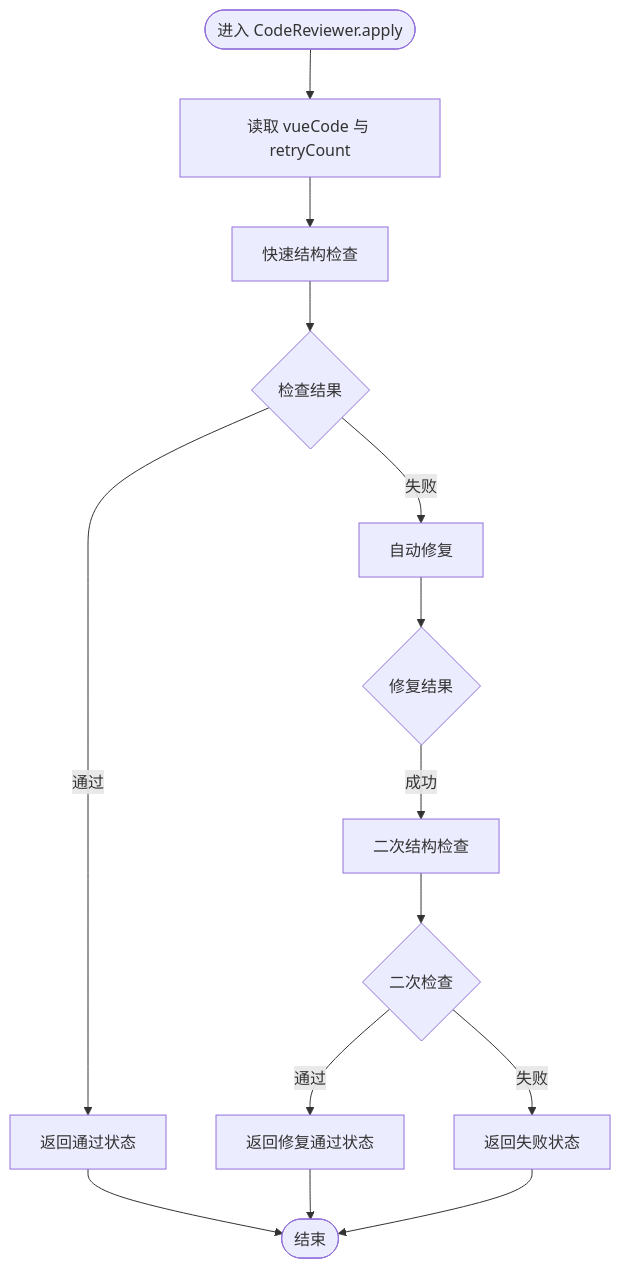
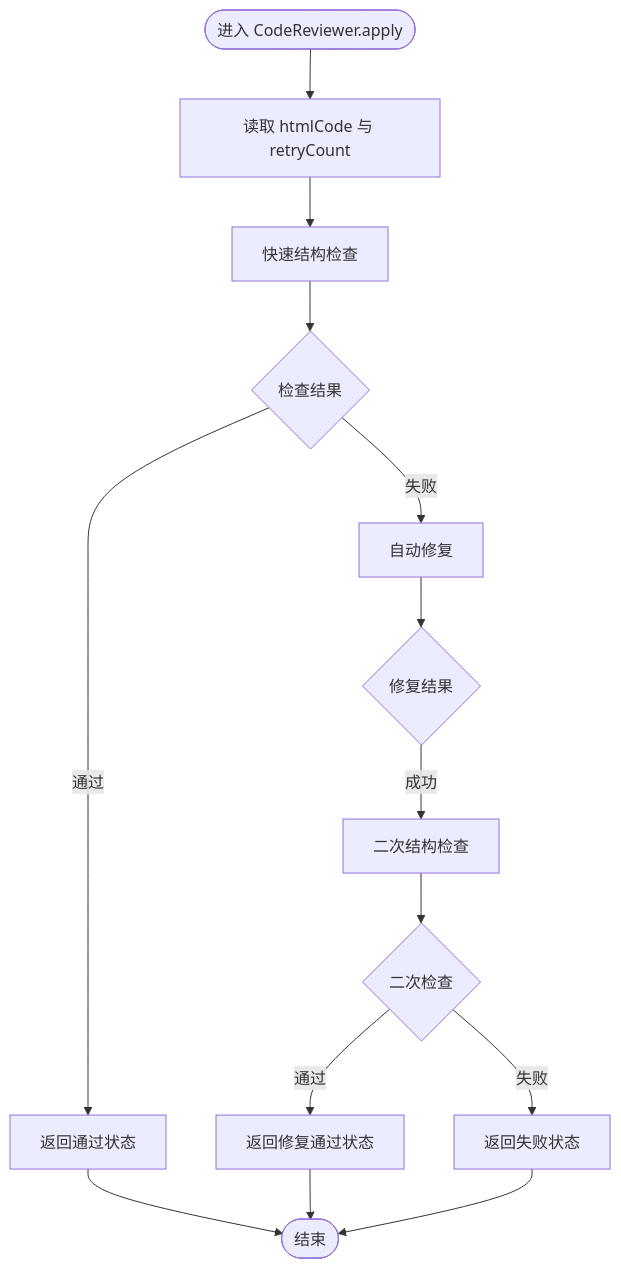
Before and after one commit to CyanYuKi/WebSiteFrontendCodeMother: the third of 7 diagrams in .qoder/repowiki/zh/content/AI工作流系统/AI节点分析/代码审查节点.md, drawn with Mermaid. The commit also changed other lines of this file and 12 other files, not shown here.

````diff
--- a/.qoder/repowiki/zh/content/AI工作流系统/AI节点分析/代码审查节点.md
+++ b/.qoder/repowiki/zh/content/AI工作流系统/AI节点分析/代码审查节点.md
@@ -190,16 +196,16 @@
 ```mermaid
 flowchart TD
-Start(["进入 CodeReviewer.apply"]) --> ReadState["读取 vueCode 与 retryCount"]
+Start(["进入 CodeReviewer.apply"]) --> ReadState["读取 htmlCode 与 retryCount"]
 ReadState --> FastCheck["快速结构检查"]
 FastCheck --> CheckResult{"检查结果"}
 CheckResult --> |通过| ReturnPass["返回通过状态"]
 CheckResult --> |失败| AutoFix["自动修复"]
 AutoFix --> FixResult{"修复结果"}
 FixResult --> |成功| ReCheck["二次结构检查"]
 ReCheck --> ReCheckResult{"二次检查"}
 ReCheckResult --> |通过| ReturnFixPass["返回修复通过状态"]
 ReCheckResult --> |失败| ReturnFail["返回失败状态"]
 ReturnPass --> End(["结束"])
 ReturnFixPass --> End
 ReturnFail --> End
 ```
````
